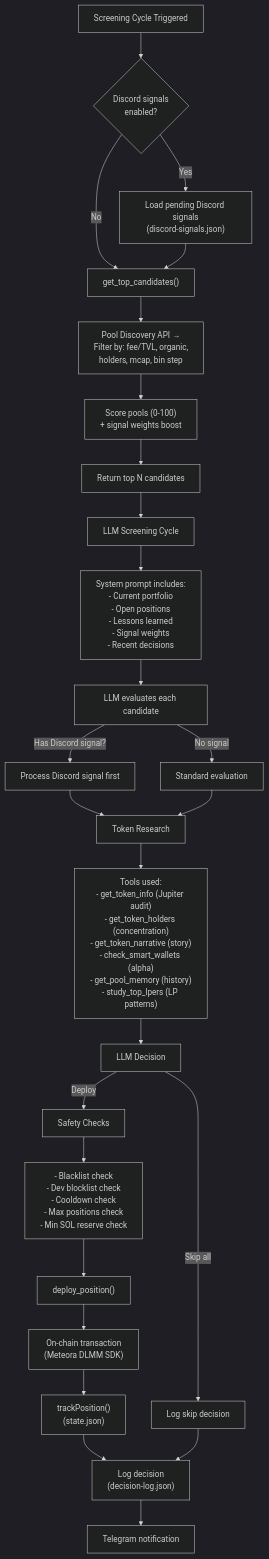
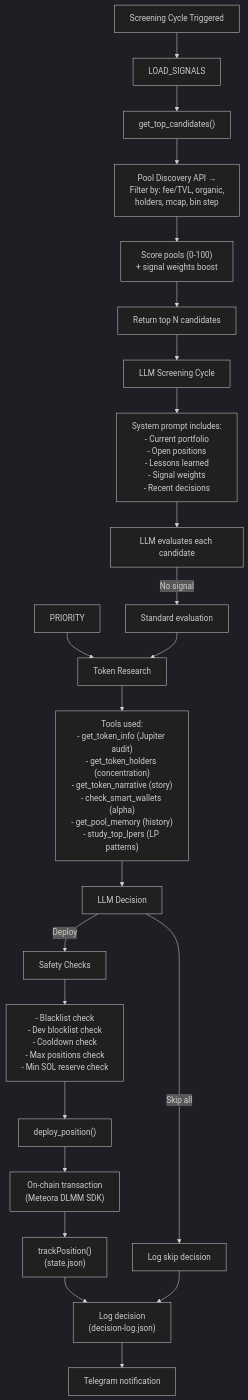
The seventh of 18 diagrams in docs/FULL_FLOW.md (romankurnovskii/etemaro), drawn with Mermaid (dark theme) before and after one commit. The commit also changed other lines of this file and 2 other files, not shown here.

Commit message:
docs: Update configuration, full flow, and RPC optimization docs

````diff
--- a/docs/FULL_FLOW.md
+++ b/docs/FULL_FLOW.md
@@ -367,47 +366,44 @@
 ```mermaid
 flowchart TD
     START["Screening Cycle Triggered"]
 
-    START --> CHECK_DISCORD{"Discord signals<br/>enabled?"}
-    CHECK_DISCORD -->|Yes| LOAD_SIGNALS["Load pending Discord signals<br/>(discord-signals.json)"]
-    CHECK_DISCORD -->|No| FETCH_CANDIDATES
+    START --> 
 
     LOAD_SIGNALS --> FETCH_CANDIDATES
 
     FETCH_CANDIDATES["get_top_candidates()"]
     Note1["Pool Discovery API →<br/>Filter by: fee/TVL, organic,<br/>holders, mcap, bin step"]
     FETCH_CANDIDATES --> Note1
     Note1 --> SCORE["Score pools (0-100)<br/>+ signal weights boost"]
     SCORE --> RETURN_TOP["Return top N candidates"]
 
     RETURN_TOP --> LLM_SCREEN["LLM Screening Cycle"]
     Note2["System prompt includes:<br/>- Current portfolio<br/>- Open positions<br/>- Lessons learned<br/>- Signal weights<br/>- Recent decisions"]
     LLM_SCREEN --> Note2
 
     Note2 --> EVAL["LLM evaluates each candidate"]
-    EVAL --> |"Has Discord signal?"| PRIORITY["Process Discord signal first"]
     EVAL --> |"No signal"| STANDARD["Standard evaluation"]
 
     PRIORITY --> DEEP_RESEARCH["Deep Research"]
     STANDARD --> DEEP_RESEARCH
 
     DEEP_RESEARCH["Token Research"]
     Note3["Tools used:<br/>- get_token_info (Jupiter audit)<br/>- get_token_holders (concentration)<br/>- get_token_narrative (story)<br/>- check_smart_wallets (alpha)<br/>- get_pool_memory (history)<br/>- study_top_lpers (LP patterns)"]
     DEEP_RESEARCH --> Note3
 
     Note3 --> DECIDE["LLM Decision"]
     DECIDE --> |"Deploy"| CHECK_SAFETY
     DECIDE --> |"Skip all"| SKIP_LOG["Log skip decision"]
 
     CHECK_SAFETY["Safety Checks"]
     Note4["- Blacklist check<br/>- Dev blocklist check<br/>- Cooldown check<br/>- Max positions check<br/>- Min SOL reserve check"]
     CHECK_SAFETY --> Note4
 
     Note4 --> DEPLOY["deploy_position()"]
     DEPLOY --> ON_CHAIN["On-chain transaction<br/>(Meteora DLMM SDK)"]
     ON_CHAIN --> TRACK["trackPosition()<br/>(state.json)"]
     TRACK --> DECISION_LOG["Log decision<br/>(decision-log.json)"]
     DECISION_LOG --> NOTIFY["Telegram notification"]
 
     SKIP_LOG --> DECISION_LOG
 ```
````
